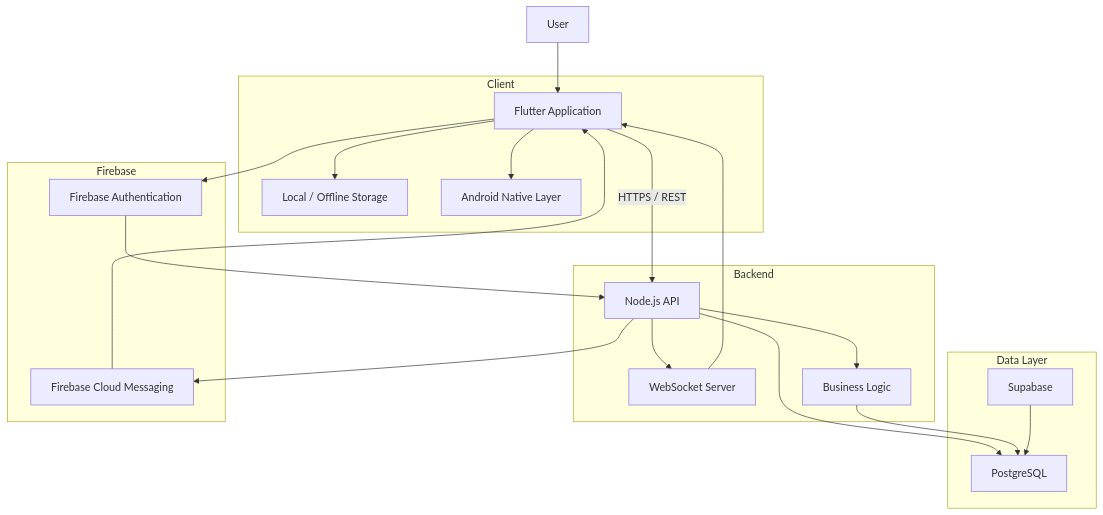
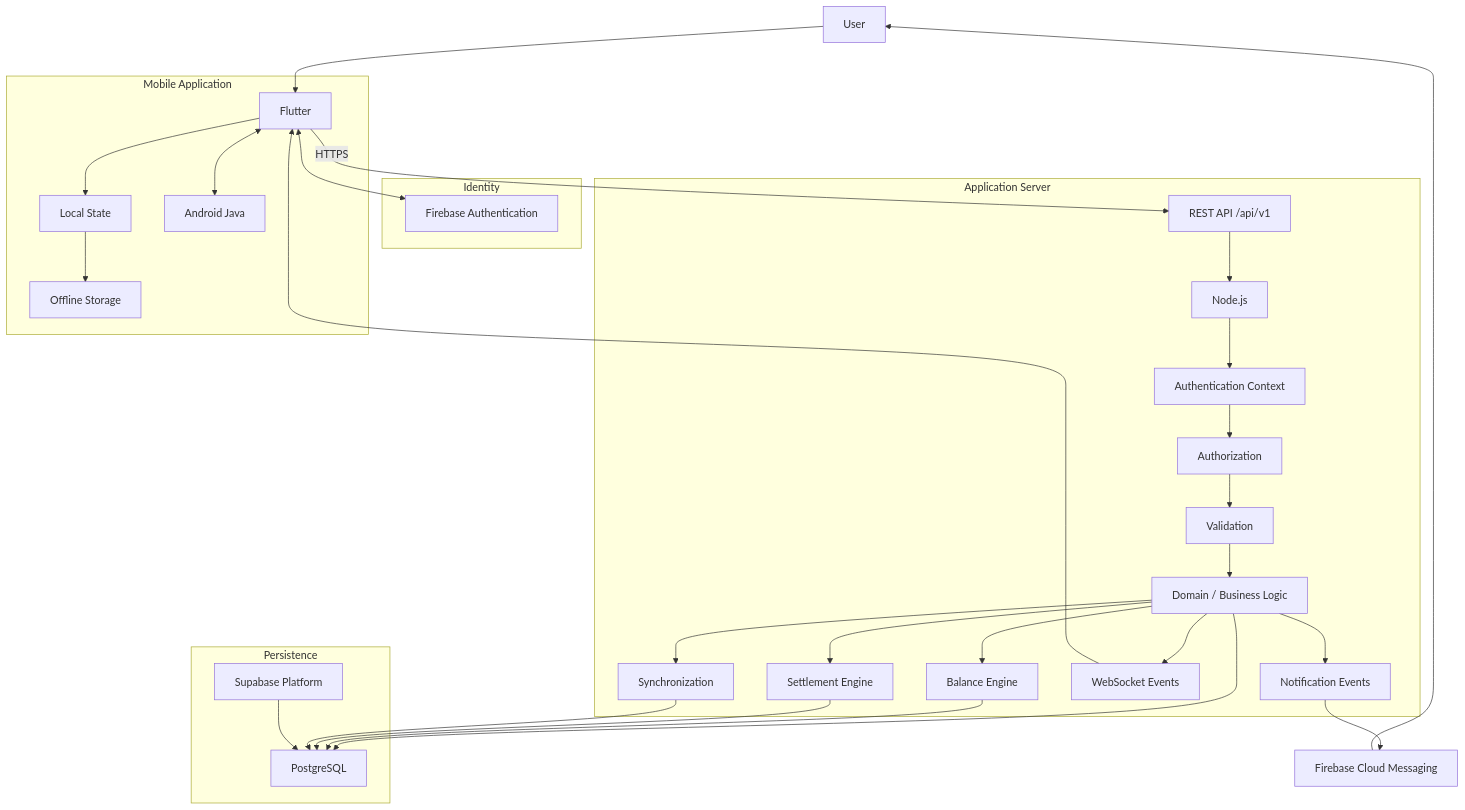
One commit to rajparihar281/SplitLedger changed the eighth of 8 diagrams in docs/architecture/system-requirements.md. Above: the diagram before and after it, drawn with Mermaid. The commit also changed other lines of this file, not shown here.

Commit message:
Refactor system requirements documentation: restructure sections, enhance clarity, and expand on functional and non-functional requirements for SplitLedger application.

````diff
--- a/docs/architecture/system-requirements.md
+++ b/docs/architecture/system-requirements.md
@@ -774,49 +1364,71 @@
 ```mermaid
 flowchart TB
+
     USER["User"]
 
-    subgraph CLIENT["Client"]
-        FLUTTER["Flutter Application"]
-        LOCAL["Local / Offline Storage"]
-        ANDROID["Android Native Layer"]
+    subgraph MOBILE["Mobile Application"]
+        FLUTTER["Flutter"]
+        STATE["Local State"]
+        OFFLINE["Offline Storage"]
+        ANDROID["Android Java"]
     end
 
-    subgraph BACKEND["Backend"]
-        NODE["Node.js API"]
-        WS["WebSocket Server"]
-        LOGIC["Business Logic"]
+    subgraph IDENTITY["Identity"]
+        FIREBASE_AUTH["Firebase Authentication"]
     end
 
-    subgraph DATA["Data Layer"]
-        SUPABASE["Supabase"]
+    subgraph SERVER["Application Server"]
+        NODE["Node.js"]
+        API["REST API /api/v1"]
+        AUTH["Authentication Context"]
+        AUTHZ["Authorization"]
+        VALIDATION["Validation"]
+        DOMAIN["Domain / Business Logic"]
+        BALANCES["Balance Engine"]
+        SETTLEMENTS["Settlement Engine"]
+        SYNC["Synchronization"]
+        REALTIME["WebSocket Events"]
+        NOTIFICATIONS["Notification Events"]
+    end
+
+    subgraph DATABASE["Persistence"]
+        SUPABASE["Supabase Platform"]
         POSTGRES["PostgreSQL"]
     end
 
-    subgraph FIREBASE["Firebase"]
-        AUTH["Firebase Authentication"]
-        FCM["Firebase Cloud Messaging"]
-    end
+    FCM["Firebase Cloud Messaging"]
 
     USER --> FLUTTER
 
-    FLUTTER --> LOCAL
-    FLUTTER --> ANDROID
+    FLUTTER --> STATE
+    STATE --> OFFLINE
+    FLUTTER <--> ANDROID
 
-    FLUTTER -->|"HTTPS / REST"| NODE
+    FLUTTER <--> FIREBASE_AUTH
+    FLUTTER -->|"HTTPS"| API
 
-    NODE --> LOGIC
-    NODE --> POSTGRES
+    API --> NODE
 
-    LOGIC --> POSTGRES
+    NODE --> AUTH
+    AUTH --> AUTHZ
+    AUTHZ --> VALIDATION
+    VALIDATION --> DOMAIN
 
-    NODE --> WS
-    WS --> FLUTTER
+    DOMAIN --> BALANCES
+    DOMAIN --> SETTLEMENTS
+    DOMAIN --> SYNC
 
-    FLUTTER --> AUTH
-    AUTH --> NODE
-
-    NODE --> FCM
-    FCM --> FLUTTER
+    DOMAIN --> POSTGRES
+    BALANCES --> POSTGRES
+    SETTLEMENTS --> POSTGRES
+    SYNC --> POSTGRES
 
     SUPABASE --> POSTGRES
+
+    DOMAIN --> REALTIME
+    DOMAIN --> NOTIFICATIONS
+
+    REALTIME --> FLUTTER
+    NOTIFICATIONS --> FCM
+    FCM --> USER
 ```
````
